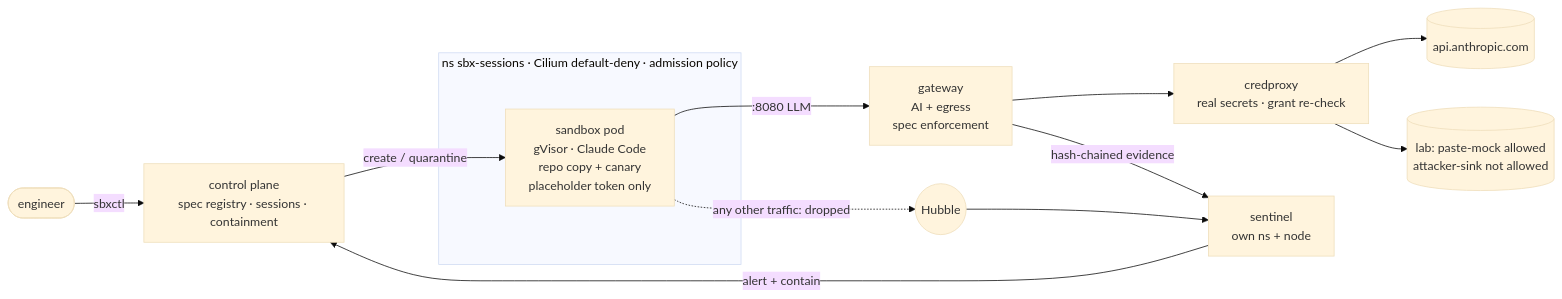
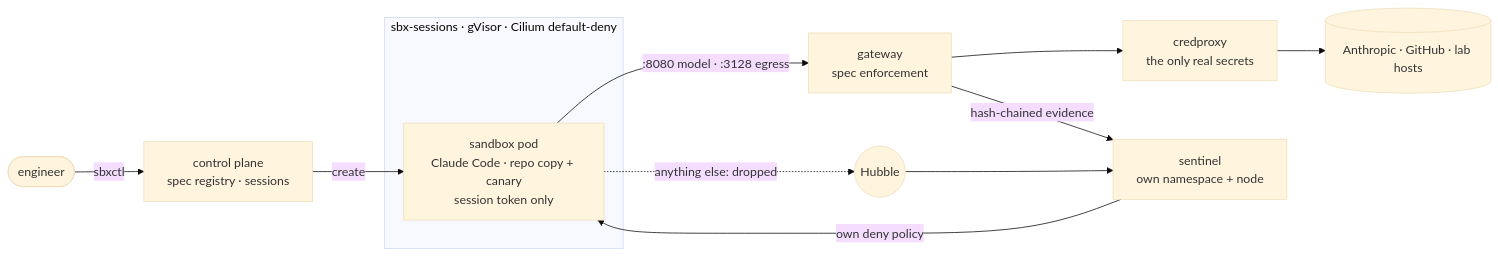
Before and after one commit to bhadradiyaniravnl/security-assignment-forgoodai: the diagram in README.md, drawn with Mermaid (base theme). The commit also changed other lines of this file and 93 other files, not shown here.

````diff
--- a/README.md
+++ b/README.md
@@ -16,16 +19,15 @@
 ```mermaid
 flowchart LR
-  user([engineer]) -->|sbxctl| cp[control plane<br/>spec registry · sessions · containment]
-  cp -->|create / quarantine| pod
-  subgraph sessions [ns sbx-sessions · Cilium default-deny · admission policy]
-    pod[sandbox pod<br/>gVisor · Claude Code<br/>repo copy + canary<br/>placeholder token only]
+  user([engineer]) -->|sbxctl| cp[control plane<br/>spec registry · sessions]
+  cp -->|create| pod
+  subgraph sessions [sbx-sessions · gVisor · Cilium default-deny]
+    pod[sandbox pod<br/>Claude Code · repo copy + canary<br/>session token only]
   end
-  pod -->|:8080 LLM| gw[gateway<br/>AI + egress<br/>spec enforcement]
-  pod -. "any other traffic: dropped" .-> drop((Hubble))
-  gw --> cred[credproxy<br/>real secrets · grant re-check]
-  cred --> anth[(api.anthropic.com)]
-  cred --> lab[(lab: paste-mock allowed<br/>attacker-sink not allowed)]
-  gw -->|hash-chained evidence| det[sentinel<br/>own ns + node]
-  drop --> det
-  det -->|alert + contain| cp
+  pod -->|:8080 model · :3128 egress| gw[gateway<br/>spec enforcement]
+  pod -. "anything else: dropped" .-> hub((Hubble))
+  gw --> cred[credproxy<br/>the only real secrets]
+  cred --> out[(Anthropic · GitHub · lab hosts)]
+  gw -->|hash-chained evidence| sen[sentinel<br/>own namespace + node]
+  hub --> sen
+  sen -->|own deny policy| pod
 ```
````
